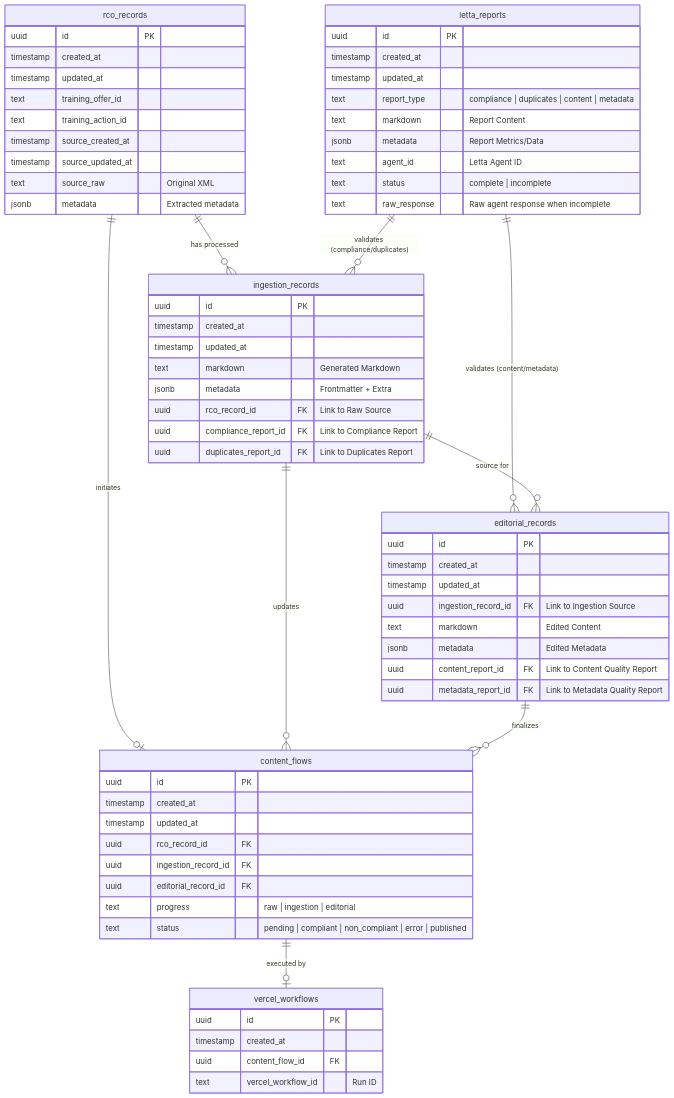
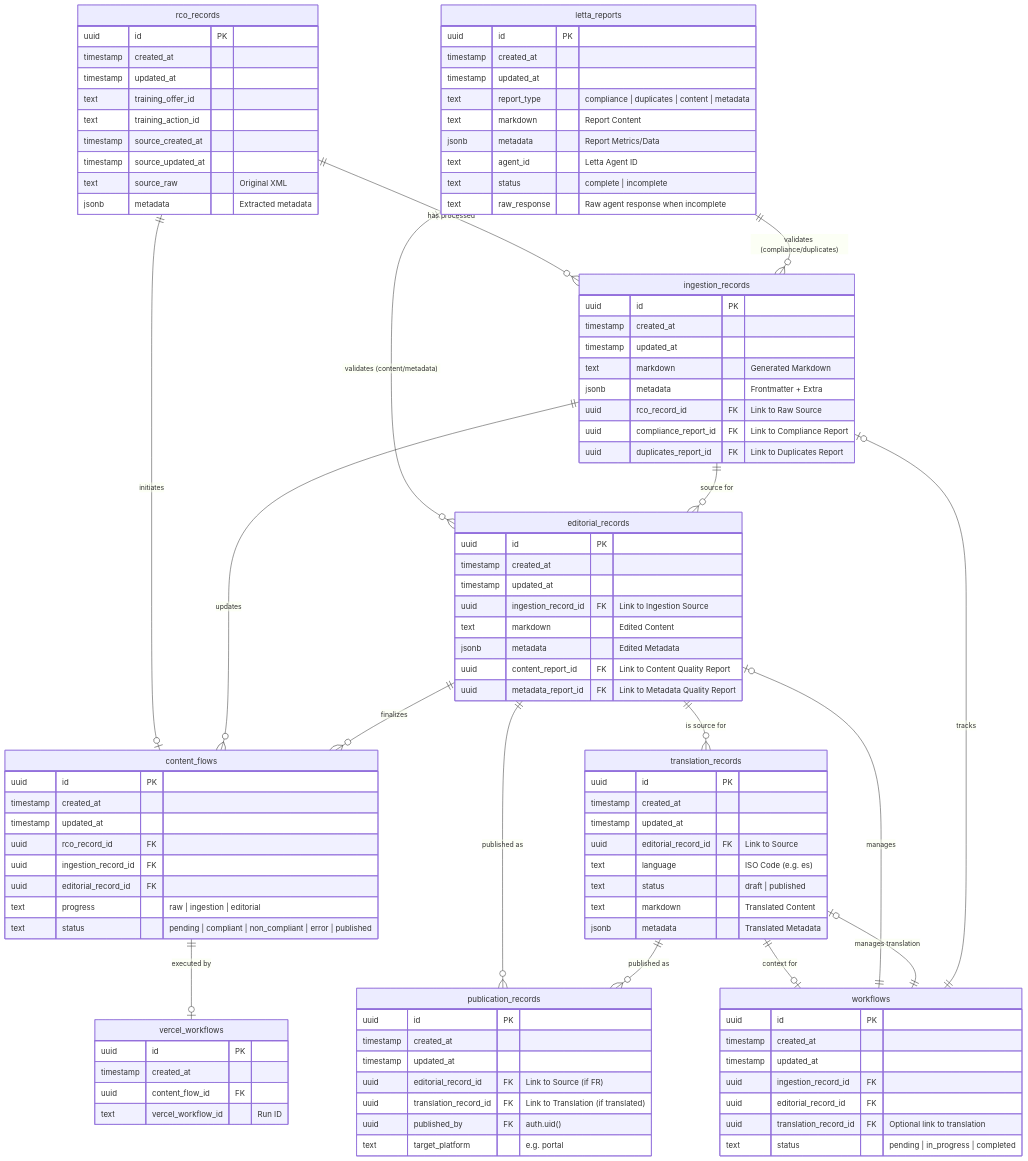
Before and after one commit to refugies-info/playground: the diagram in documentation/database/schema.md, drawn with Mermaid. The commit also changed other lines of this file and 4 other files, not shown here.

Commit message:
docs: improve database documentation by adding new RLS helper functions and policies, expanding schema with content lifecycle tables, and clarifying migration/seeding practices.

```diff
--- a/documentation/database/schema.md
+++ b/documentation/database/schema.md
@@ -26,7 +26,16 @@
     ingestion_records ||--o{ editorial_records : "source for"
     ingestion_records ||--o{ content_flows : "updates"
 
+    editorial_records ||--o{ translation_records : "is source for"
+    editorial_records ||--o{ publication_records : "published as"
     editorial_records ||--o{ content_flows : "finalizes"
+
+    translation_records ||--o{ publication_records : "published as"
+    translation_records ||--o| workflows : "context for"
+
+    workflows ||--o| editorial_records : "manages"
+    workflows ||--o| translation_records : "manages translation"
+    workflows ||--o| ingestion_records : "tracks"
 
     content_flows ||--o| vercel_workflows : "executed by"
 
@@ -64,6 +73,27 @@
         uuid metadata_report_id FK "Link to Metadata Quality Report"
     }
 
+    translation_records {
+        uuid id PK
+        timestamp created_at
+        timestamp updated_at
+        uuid editorial_record_id FK "Link to Source"
+        text language "ISO Code (e.g. es)"
+        text status "draft | published"
+        text markdown "Translated Content"
+        jsonb metadata "Translated Metadata"
+    }
+
+    publication_records {
+        uuid id PK
+        timestamp created_at
+        timestamp updated_at
+        uuid editorial_record_id FK "Link to Source (if FR)"
+        uuid translation_record_id FK "Link to Translation (if translated)"
+        uuid published_by FK "auth.uid()"
+        text target_platform "e.g. portal"
+    }
+
     letta_reports {
         uuid id PK
         timestamp created_at
@@ -74,6 +104,16 @@
         text agent_id "Letta Agent ID"
         text status "complete | incomplete"
         text raw_response "Raw agent response when incomplete"
+    }
+
+    workflows {
+        uuid id PK
+        timestamp created_at
+        timestamp updated_at
+        uuid ingestion_record_id FK
+        uuid editorial_record_id FK
+        uuid translation_record_id FK "Optional link to translation"
+        text status "pending | in_progress | completed"
     }
 
     content_flows {
```
